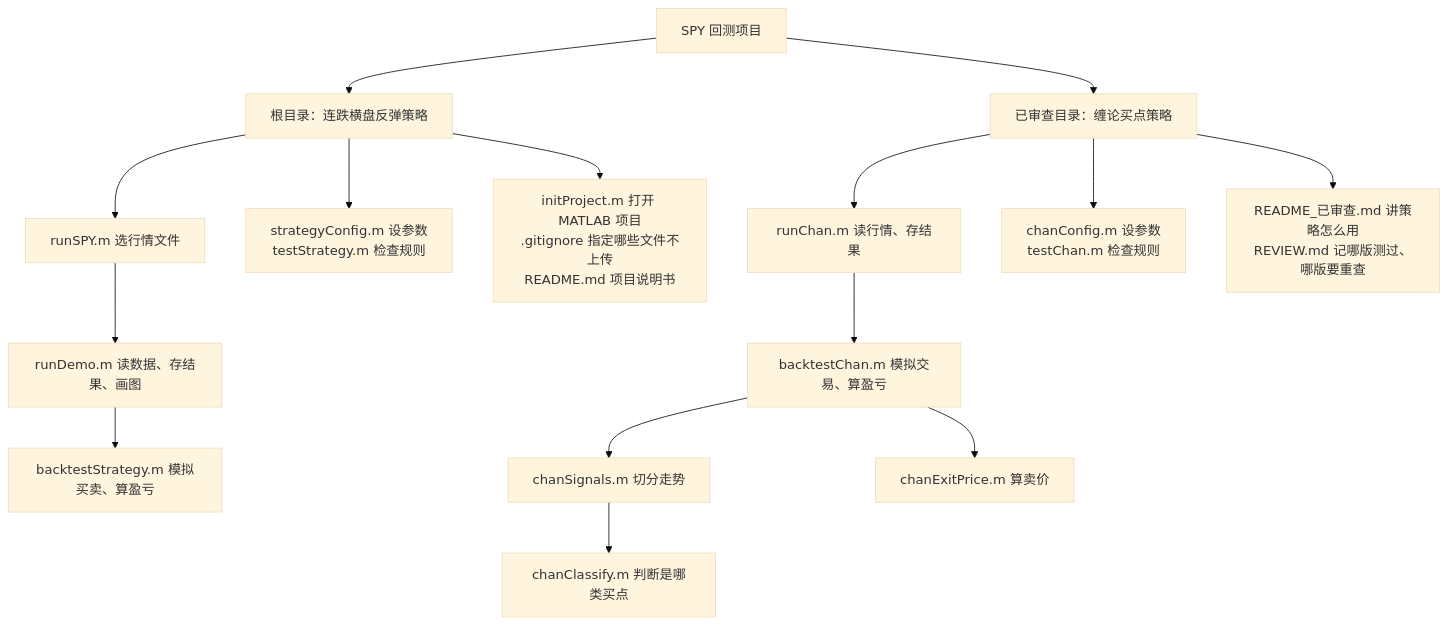
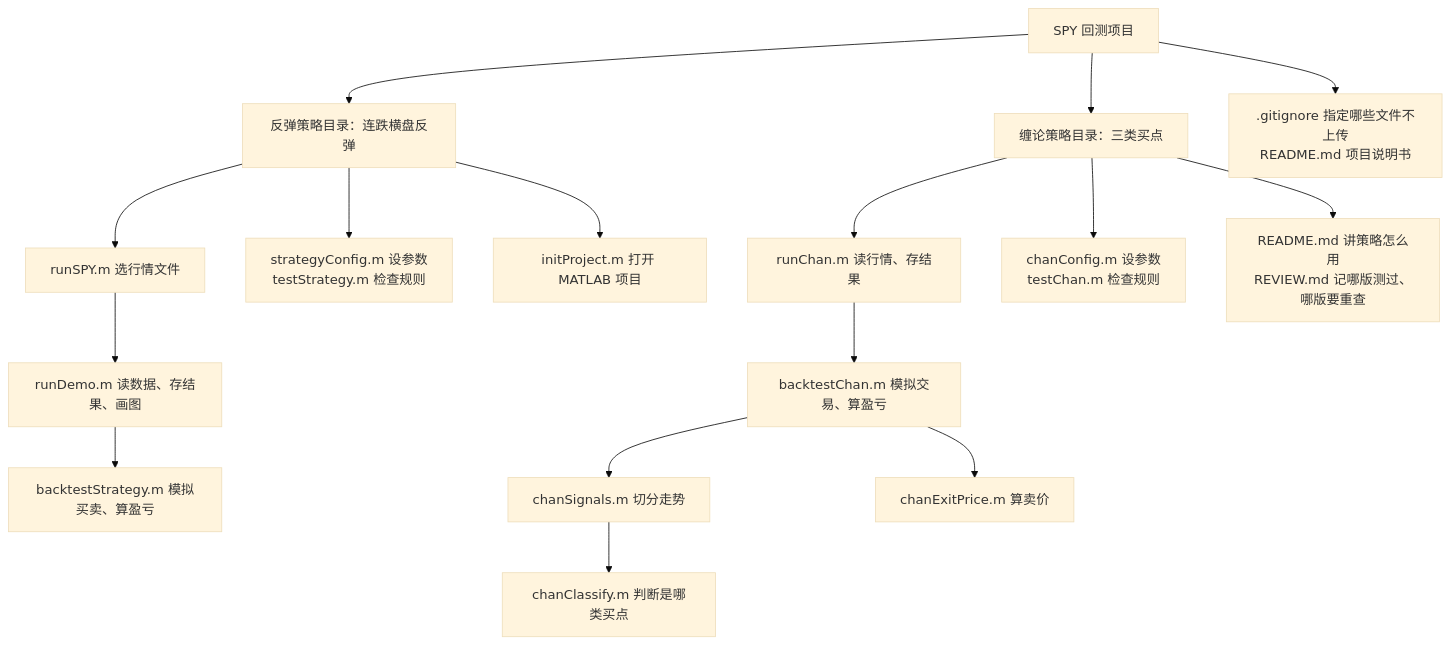
The first of 2 diagrams in README.md (PonyMa777/spy-rebound-strategy), drawn with Mermaid (base theme) before and after one commit. The commit also changed other lines of this file and 16 other files, not shown here.

````diff
--- a/README.md
+++ b/README.md
@@ -11,13 +20,14 @@
 ```mermaid
 flowchart TD
- P["SPY 回测项目"] --> A["根目录：连跌横盘反弹策略"]
- P --> B["已审查目录：缠论买点策略"]
+ P["SPY 回测项目"] --> A["反弹策略目录：连跌横盘反弹"]
+ P --> B["缠论策略目录：三类买点"]
  A --> A1["runSPY.m 选行情文件"] --> A2["runDemo.m 读数据、存结果、画图"] --> A3["backtestStrategy.m 模拟买卖、算盈亏"]
  A --> A4["strategyConfig.m 设参数<br/>testStrategy.m 检查规则"]
- A --> A5["initProject.m 打开 MATLAB 项目<br/>.gitignore 指定哪些文件不上传<br/>README.md 项目说明书"]
+ A --> AP["initProject.m 打开 MATLAB 项目"]
+ P --> A5[".gitignore 指定哪些文件不上传<br/>README.md 项目说明书"]
  B --> B1["runChan.m 读行情、存结果"] --> B2["backtestChan.m 模拟交易、算盈亏"]
  B2 --> B3["chanSignals.m 切分走势"] --> B4["chanClassify.m 判断是哪类买点"]
  B2 --> B5["chanExitPrice.m 算卖价"]
  B --> B6["chanConfig.m 设参数<br/>testChan.m 检查规则"]
- B --> B7["README_已审查.md 讲策略怎么用<br/>REVIEW.md 记哪版测过、哪版要重查"]
+ B --> B7["README.md 讲策略怎么用<br/>REVIEW.md 记哪版测过、哪版要重查"]
 ```
````
